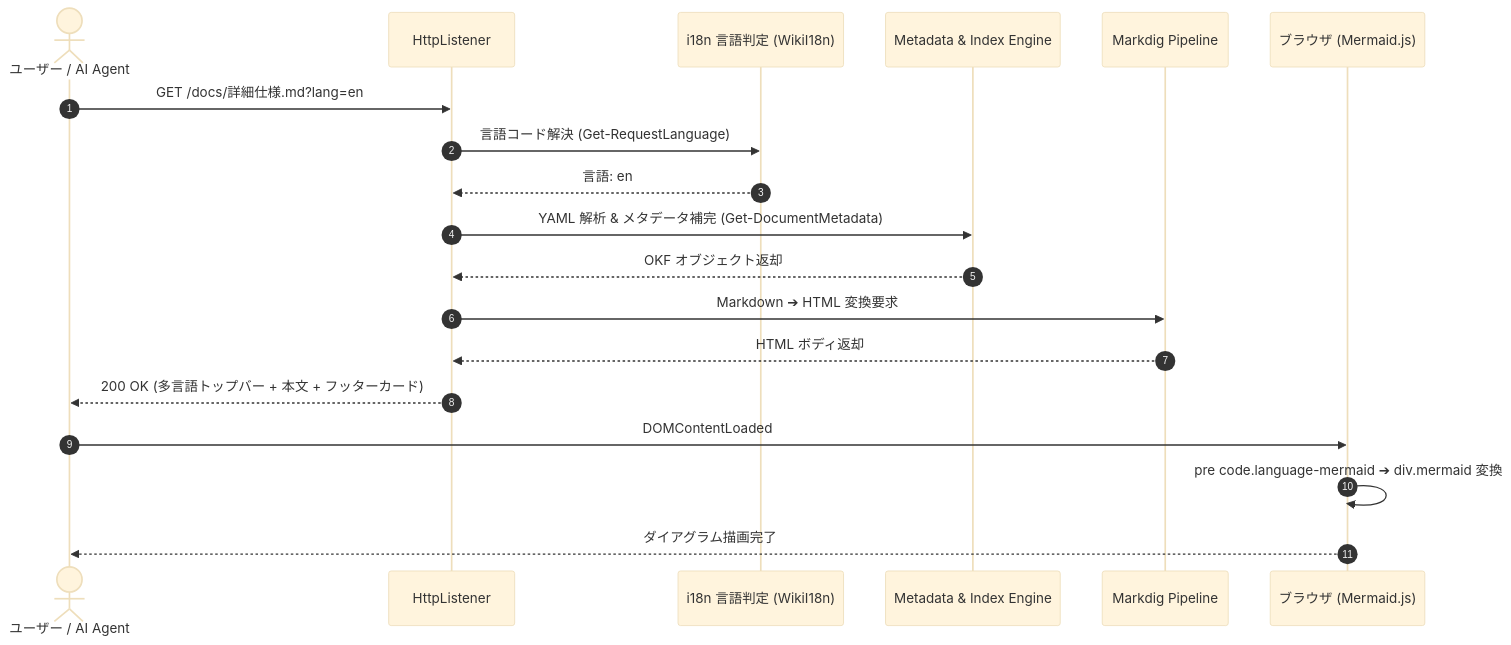
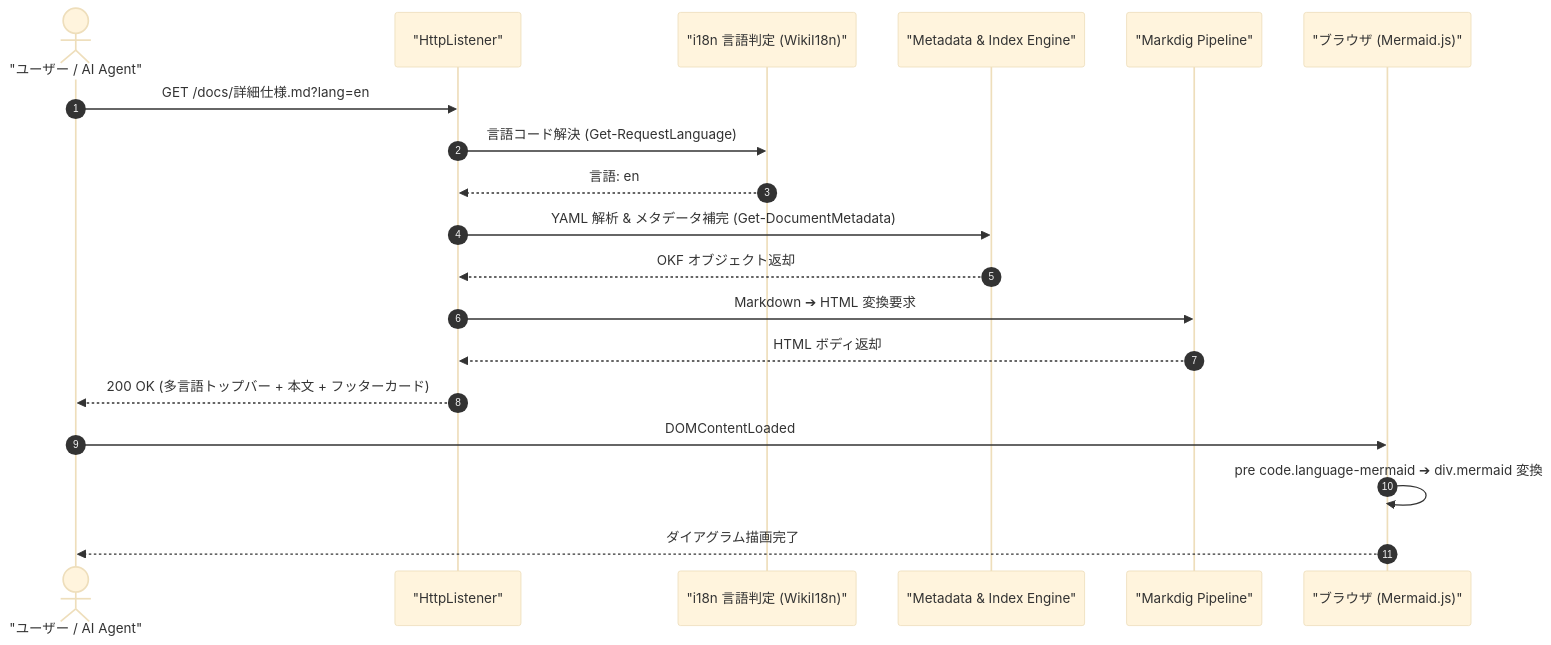
Before and after one commit to chottokun/SimpleWiki: the first of 3 diagrams in markdown_sample/docs/詳細仕様.md, drawn with Mermaid (base theme). The commit also changed other lines of this file and 4 other files, not shown here.

Commit message:
fix(docs): quote Mermaid diagram labels for strict parser compatibility

````diff
--- a/markdown_sample/docs/詳細仕様.md
+++ b/markdown_sample/docs/詳細仕様.md
@@ -65,22 +65,22 @@
 ```mermaid
 sequenceDiagram
     autonumber
-    actor User as ユーザー / AI Agent
-    participant Listener as HttpListener
-    participant I18n as i18n 言語判定 (WikiI18n)
-    participant Engine as Metadata & Index Engine
-    participant Markdig as Markdig Pipeline
-    participant Browser as ブラウザ (Mermaid.js)
+    actor User as "ユーザー / AI Agent"
+    participant Listener as "HttpListener"
+    participant I18n as "i18n 言語判定 (WikiI18n)"
+    participant Engine as "Metadata & Index Engine"
+    participant Markdig as "Markdig Pipeline"
+    participant Browser as "ブラウザ (Mermaid.js)"
 
     User->>Listener: GET /docs/詳細仕様.md?lang=en
     Listener->>I18n: 言語コード解決 (Get-RequestLanguage)
     I18n-->>Listener: 言語: en
     Listener->>Engine: YAML 解析 & メタデータ補完 (Get-DocumentMetadata)
     Engine-->>Listener: OKF オブジェクト返却
     Listener->>Markdig: Markdown ➔ HTML 変換要求
     Markdig-->>Listener: HTML ボディ返却
     Listener-->>User: 200 OK (多言語トップバー + 本文 + フッターカード)
     User->>Browser: DOMContentLoaded
     Browser->>Browser: pre code.language-mermaid ➔ div.mermaid 変換
     Browser-->>User: ダイアグラム描画完了
 ```
````
